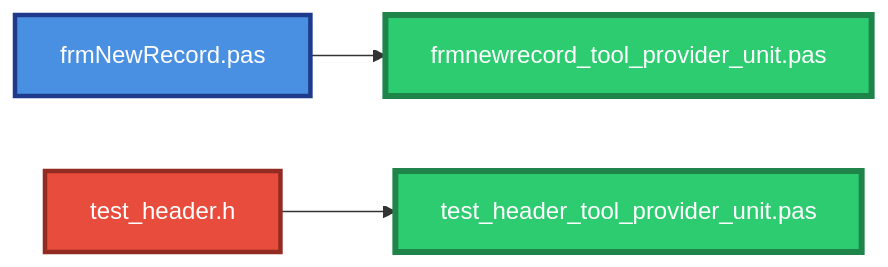
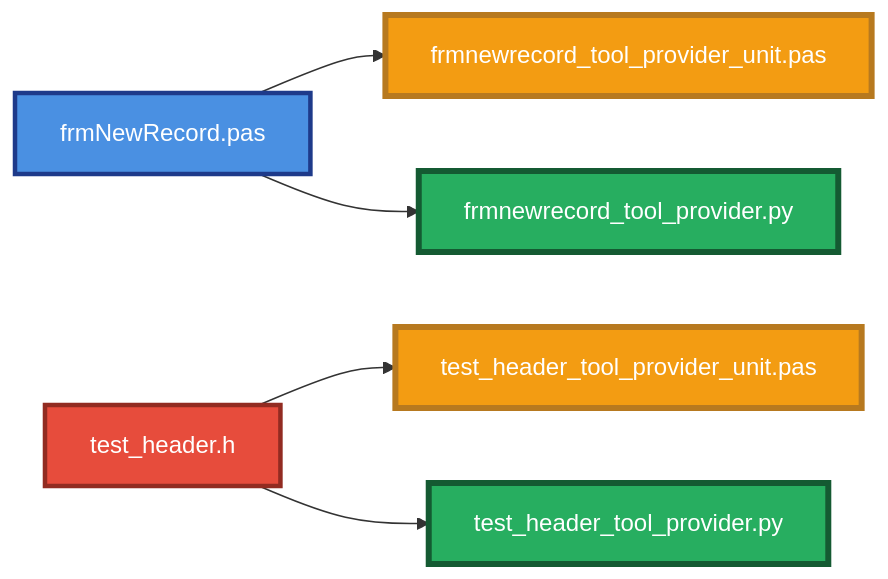
One commit to PassByYou888/LingoFuse-pasAgent changed diagram 20 of 46 in code_generate_mcp.md. Above: the diagram before and after it, drawn with Mermaid. The commit also changed other lines of this file, not shown here.

````diff
--- a/code_generate_mcp.md
+++ b/code_generate_mcp.md
@@ -294,10 +625,14 @@
 ```mermaid
 flowchart LR
     I1["frmNewRecord.pas"] --> O1["frmnewrecord_tool_provider_unit.pas"]
     I2["test_header.h"] --> O2["test_header_tool_provider_unit.pas"]
+    I1 --> O3["frmnewrecord_tool_provider.py"]
+    I2 --> O4["test_header_tool_provider.py"]
 
     style I1 fill:#4A90E2,stroke:#1E3A8A,stroke-width:3px,color:#FFFFFF
     style I2 fill:#E74C3C,stroke:#922B21,stroke-width:3px,color:#FFFFFF
-    style O1 fill:#2ECC71,stroke:#1E8449,stroke-width:4px,color:#FFFFFF
-    style O2 fill:#2ECC71,stroke:#1E8449,stroke-width:4px,color:#FFFFFF
+    style O1 fill:#F39C12,stroke:#B7791F,stroke-width:4px,color:#FFFFFF
+    style O2 fill:#F39C12,stroke:#B7791F,stroke-width:4px,color:#FFFFFF
+    style O3 fill:#27AE60,stroke:#145A32,stroke-width:4px,color:#FFFFFF
+    style O4 fill:#27AE60,stroke:#145A32,stroke-width:4px,color:#FFFFFF
 ```
````
